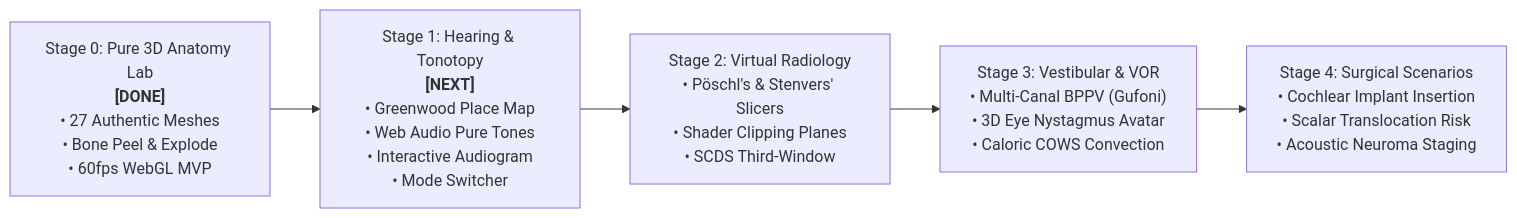
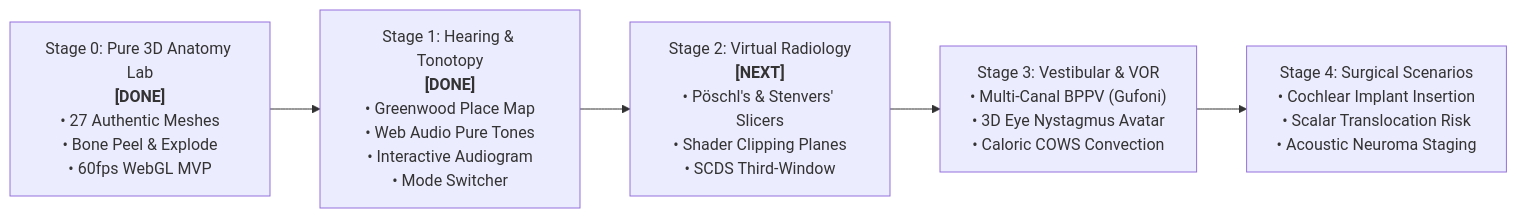
Before and after one commit to UMCai/inner-ear-3d-lab: the diagram in ROADMAP.md, drawn with Mermaid. The commit also changed other lines of this file and 20 other files, not shown here.

Commit message:
feat(hearing): complete Stage 1 audio-visual tonotopy engine and clinical audiogram drawer

````diff
--- a/ROADMAP.md
+++ b/ROADMAP.md
@@ -11,8 +11,8 @@
 ```mermaid
 flowchart LR
     S0["Stage 0: Pure 3D Anatomy Lab<br/><b>[DONE]</b><br/>• 27 Authentic Meshes<br/>• Bone Peel & Explode<br/>• 60fps WebGL MVP"] 
-    --> S1["Stage 1: Hearing & Tonotopy<br/><b>[NEXT]</b><br/>• Greenwood Place Map<br/>• Web Audio Pure Tones<br/>• Interactive Audiogram<br/>• Mode Switcher"]
-    --> S2["Stage 2: Virtual Radiology<br/>• Pöschl's & Stenvers' Slicers<br/>• Shader Clipping Planes<br/>• SCDS Third-Window"]
+    --> S1["Stage 1: Hearing & Tonotopy<br/><b>[DONE]</b><br/>• Greenwood Place Map<br/>• Web Audio Pure Tones<br/>• Interactive Audiogram<br/>• Mode Switcher"]
+    --> S2["Stage 2: Virtual Radiology<br/><b>[NEXT]</b><br/>• Pöschl's & Stenvers' Slicers<br/>• Shader Clipping Planes<br/>• SCDS Third-Window"]
     --> S3["Stage 3: Vestibular & VOR<br/>• Multi-Canal BPPV (Gufoni)<br/>• 3D Eye Nystagmus Avatar<br/>• Caloric COWS Convection"]
     --> S4["Stage 4: Surgical Scenarios<br/>• Cochlear Implant Insertion<br/>• Scalar Translocation Risk<br/>• Acoustic Neuroma Staging"]
 ```
````
